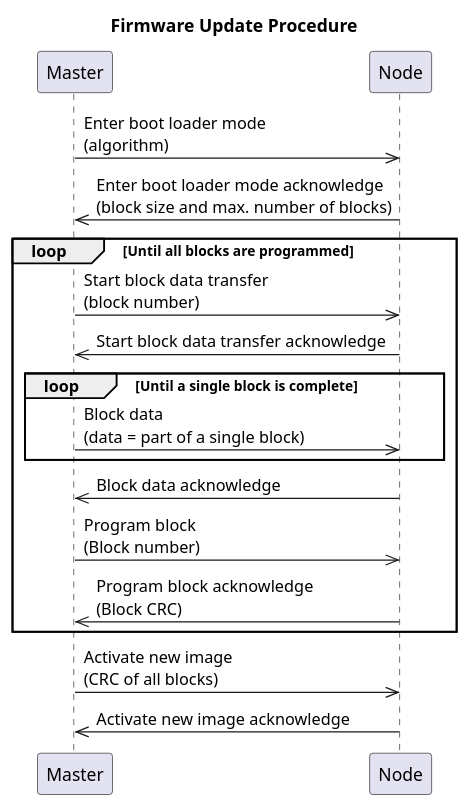
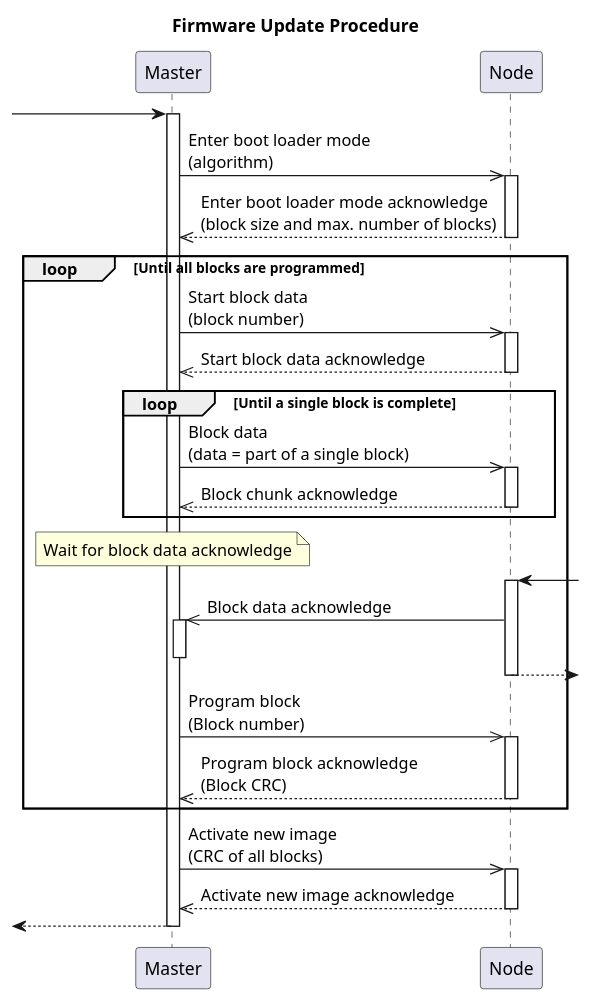
The diagram in doc/vscp_std_bootloader_algorithm.plantuml (BlueAndi/vscp-bootloader), drawn with PlantUML before and after one commit. The commit also changed 1 other file, not shown here.

Commit message:
Bootloader algorithm sequence diagram updated.

```diff
--- a/doc/vscp_std_bootloader_algorithm.plantuml
+++ b/doc/vscp_std_bootloader_algorithm.plantuml
@@ -1,27 +1,41 @@
-@startuml
+@startuml vscp_std_bootloader_algorithm
 
 title "Firmware Update Procedure"
 
 participant Master as master
 participant Node as node
 
+autoactivate on
+
+-> master
+
 master ->> node: Enter boot loader mode\n(algorithm)
-node ->> master: Enter boot loader mode acknowledge\n(block size and max. number of blocks)
+master <<-- node: Enter boot loader mode acknowledge\n(block size and max. number of blocks)
 
 loop Until all blocks are programmed
-    master ->> node: Start block data transfer\n(block number)
-    node ->> master: Start block data transfer acknowledge
+    master ->> node: Start block data\n(block number)
+    master <<-- node: Start block data acknowledge
     
     loop Until a single block is complete
         master ->> node: Block data\n(data = part of a single block)
+        master <<-- node: Block chunk acknowledge
     end
     
-    node ->> master: Block data acknowledge
+    note over master
+        Wait for block data acknowledge
+    end note
+
+    node <-
+    master <<- node: Block data acknowledge
+    deactivate master
+    node -->
     master ->> node: Program block\n(Block number)
-    node ->> master: Program block acknowledge\n(Block CRC)
+    master <<-- node: Program block acknowledge\n(Block CRC)
 end loop
 
 master ->> node: Activate new image\n(CRC of all blocks)
-node ->> master: Activate new image acknowledge
+master <<-- node: Activate new image acknowledge
+
+<-- master
 
 @enduml
```
